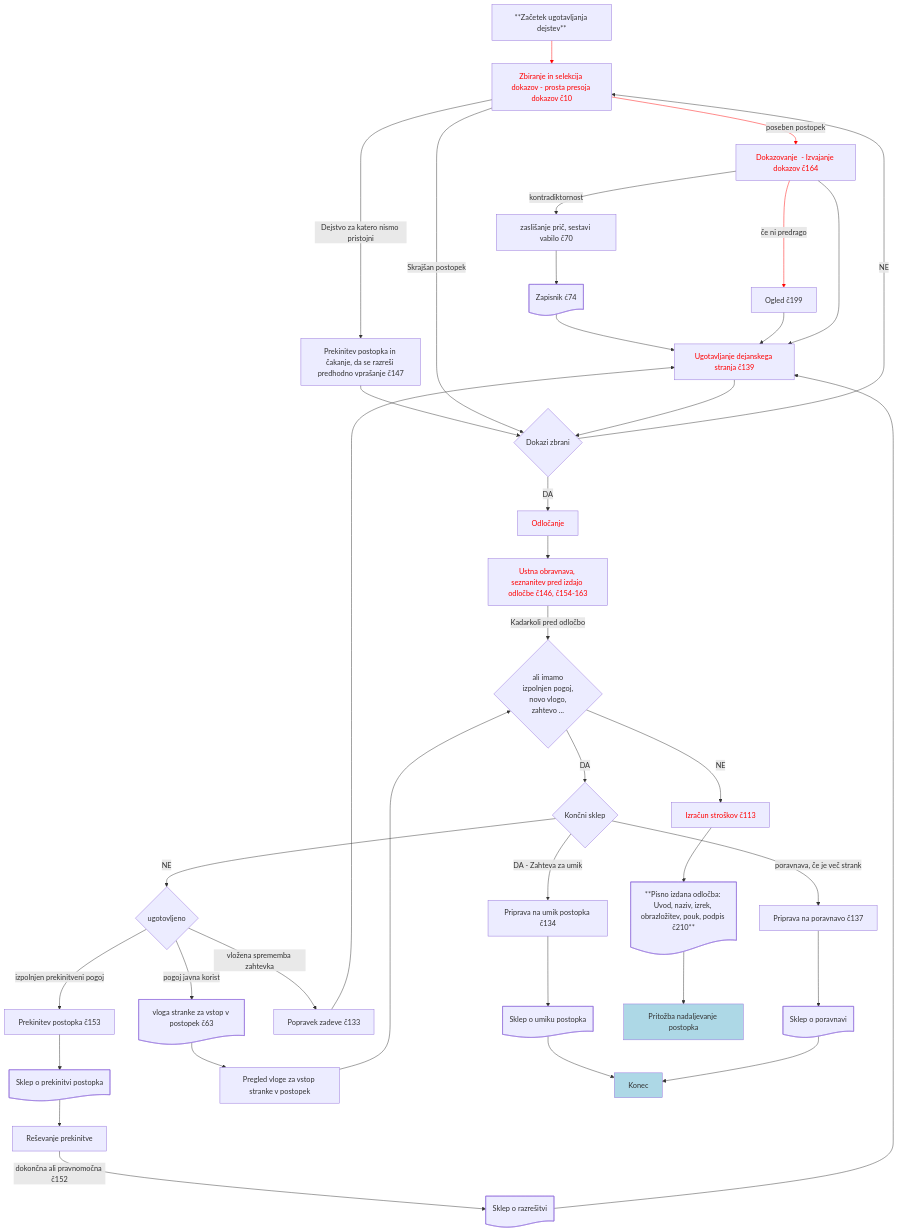
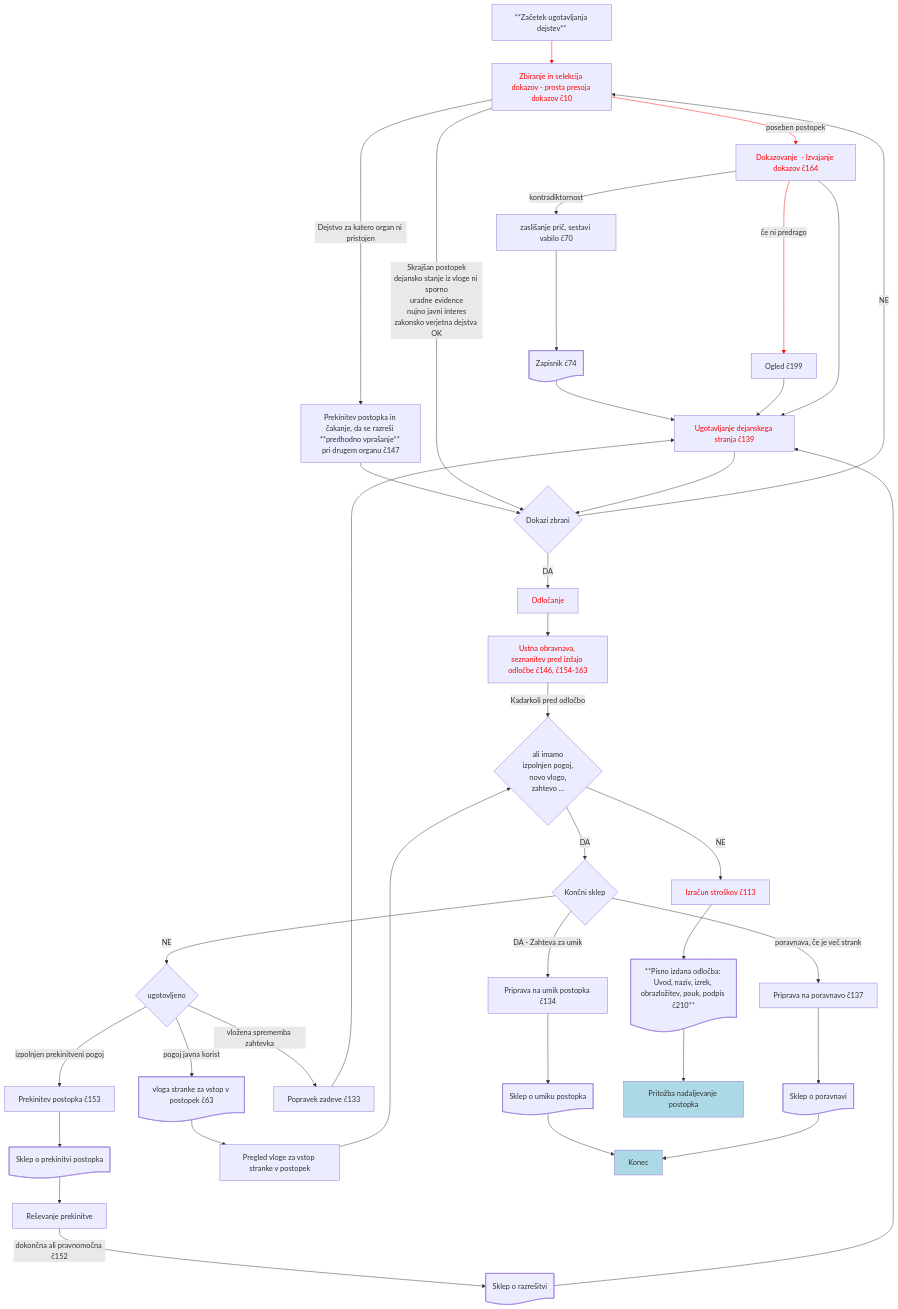
The diagram in podprocesi/ZUP-uvedba.md (jernejiv/ZUP), drawn with Mermaid before and after one commit.

Commit message:
Update ZUP-uvedba.md - popravek vsebine

````diff
--- a/podprocesi/ZUP-uvedba.md
+++ b/podprocesi/ZUP-uvedba.md
@@ -3,59 +3,59 @@
 ```mermaid
 flowchart
 ZU[**Začetek ugotavljanja dejstev**]
 ZU --> ZD[Zbiranje in selekcija dokazov - prosta presoja dokazov č10]
 ZD --> |poseben postopek| ID[Dokazovanje  - Izvajanje dokazov č164]
     ID --> |kontradiktornost| ZP[zaslišanje prič, sestavi vabilo č70]
         ZP --> ZAP["Zapisnik ć74"]
         ZAP --> UDS
     ID --> |če ni predrago| OG[Ogled č199]
         OG --> UDS
     ID --> UDS[Ugotavljanje dejanskega stranja č139]
-ZD --> |Dejstvo za katero nismo pristojni| PPPV[Prekinitev postopka in čakanje, da se razreši predhodno vprašanje č147]
+ZD --> |Dejstvo za katero organ ni pristojen| PPPV[Prekinitev postopka in čakanje, da se razreši **predhodno vprašanje** pri drugem organu č147]
     PPPV --> DZ
-ZD --> |Skrajšan postopek| DZ
+ZD --> |Skrajšan postopek<BR>dejansko stanje iz vloge ni sporno<BR>uradne evidence<BR>nujno javni interes<BR>zakonsko verjetna dejstva OK| DZ
 UDS --> DZ{Dokazi zbrani}
 DZ --> |DA| OD[Odločanje]
     OD --> UO[Ustna obravnava, seznanitev pred izdajo odločbe č146, č154-163]
 DZ --> |NE| ZD
     UO --> |Kadarkoli pred odločbo| KPO{ali imamo<BR> izpolnjen pogoj,<BR> novo vlogo,<BR> zahtevo ...}
 KPO --> |NE| IS[Izračun stroškov č113]
     IS --> ODL["**Pisno izdana odločba: Uvod, naziv, izrek, obrazložitev, pouk, podpis č210**"]
 KPO --> |DA| KPOKON{Končni sklep}
     KPOKON --> |DA - Zahteva za umik| UP[Priprava na umik postopka č134]
         UP --> S21["Sklep o umiku postopka"]
     KPOKON --> |poravnava, če je več strank| POR[Priprava na poravnavo č137]
         POR --> S22["Sklep o poravnavi"]
     KPOKON --> |NE| KPOU{ugotovljeno}
         KPOU --> |vložena sprememba zahtevka| SZ[Popravek zadeve č133]
             SZ --> UDS
         KPOU --> |izpolnjen prekinitveni pogoj| PRP[Prekinitev postopka č153]
             PRP --> S23["Sklep o prekinitvi postopka"]
             S23 --> RPREK[Reševanje prekinitve]
             RPREK --> |dokončna ali pravnomočna č152| S24["Sklep o razrešitvi"]
         KPOU --> |pogoj javna korist| VS@{shape: doc, label: "vloga stranke za vstop v postopek č63"}
             VS --> VSP[Pregled vloge za vstop stranke v postopek]
             VSP --> KPO
 S24 --> UDS
 S21 --> KON
 S22 --> KON
 KON[Konec]
 ODL --> NAD[Pritožba nadaljevanje postopka]
 S21@{shape: doc}
 S22@{shape: doc}
 S23@{shape: doc}
 S24@{shape: doc}
 ODL@{shape: doc}
 ZAP@{shape: doc}
 style KON fill:#add8e6
 style NAD fill:#add8e6
 style ZD color:red
 style ID color:red
 style UDS color:red
 style OD color:red
 style UO color:red
 style IS color:red
 linkStyle 0 stroke:red;
 linkStyle 1 stroke:red;
 linkStyle 5 stroke:red;
 ```
````
